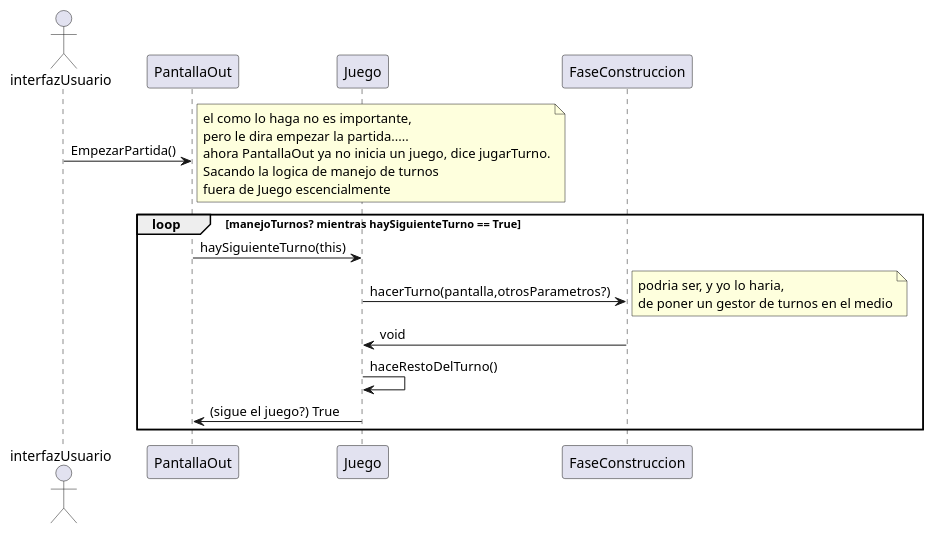
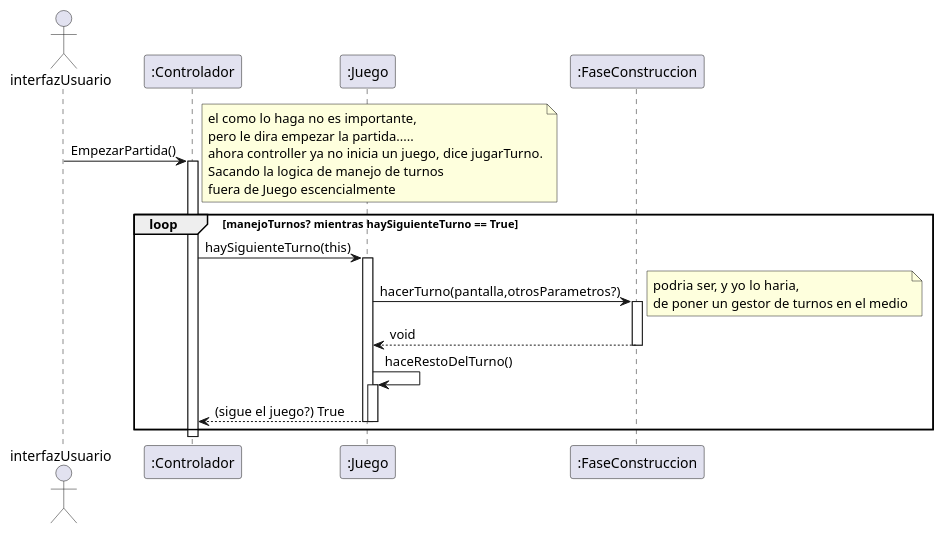
Before and after one commit to MarceloAgustinOrigoniGuillaume/Algo3_TP2_1C2023: the diagram in diagrams/sequences/prototipoMarcelo/faseConstruccion/gestion_turnos.puml, drawn with PlantUML. The commit also changed 6 other files, not shown here.

First line of the commit message:
haciendo mejor los diagramas

```diff
--- a/diagrams/sequences/prototipoMarcelo/faseConstruccion/gestion_turnos.puml
+++ b/diagrams/sequences/prototipoMarcelo/faseConstruccion/gestion_turnos.puml
@@ -1,35 +1,46 @@
 @startuml
 
 
 Actor interfazUsuario as usuario
 
-usuario -> PantallaOut: EmpezarPartida()
+participant ":Controlador" as controller
+participant ":Juego" as Juego
+participant ":FaseConstruccion" as builder
 
+usuario -> controller: EmpezarPartida()
+activate controller
 loop manejoTurnos? mientras haySiguienteTurno == True
 
 
 note right 
 el como lo haga no es importante, 
 pero le dira empezar la partida.....
-ahora PantallaOut ya no inicia un juego, dice jugarTurno.
+ahora controller ya no inicia un juego, dice jugarTurno.
 Sacando la logica de manejo de turnos 
 fuera de Juego escencialmente
 end note
 
 
 
-PantallaOut-> Juego: haySiguienteTurno(this)
-
-Juego -> FaseConstruccion: hacerTurno(pantalla,otrosParametros?)
-
+controller-> Juego: haySiguienteTurno(this)
+activate Juego
+Juego -> builder: hacerTurno(pantalla,otrosParametros?)
+activate builder
 note right
 podria ser, y yo lo haria,
 de poner un gestor de turnos en el medio
 end note
 
 
-FaseConstruccion-> Juego: void
+builder--> Juego: void
+deactivate builder
 Juego -> Juego: haceRestoDelTurno()
-Juego -> PantallaOut: (sigue el juego?) True
+activate Juego
+Juego --> controller: (sigue el juego?) True
+deactivate Juego
+deactivate Juego
 end
+
+deactivate controller
+
 @enduml
```
